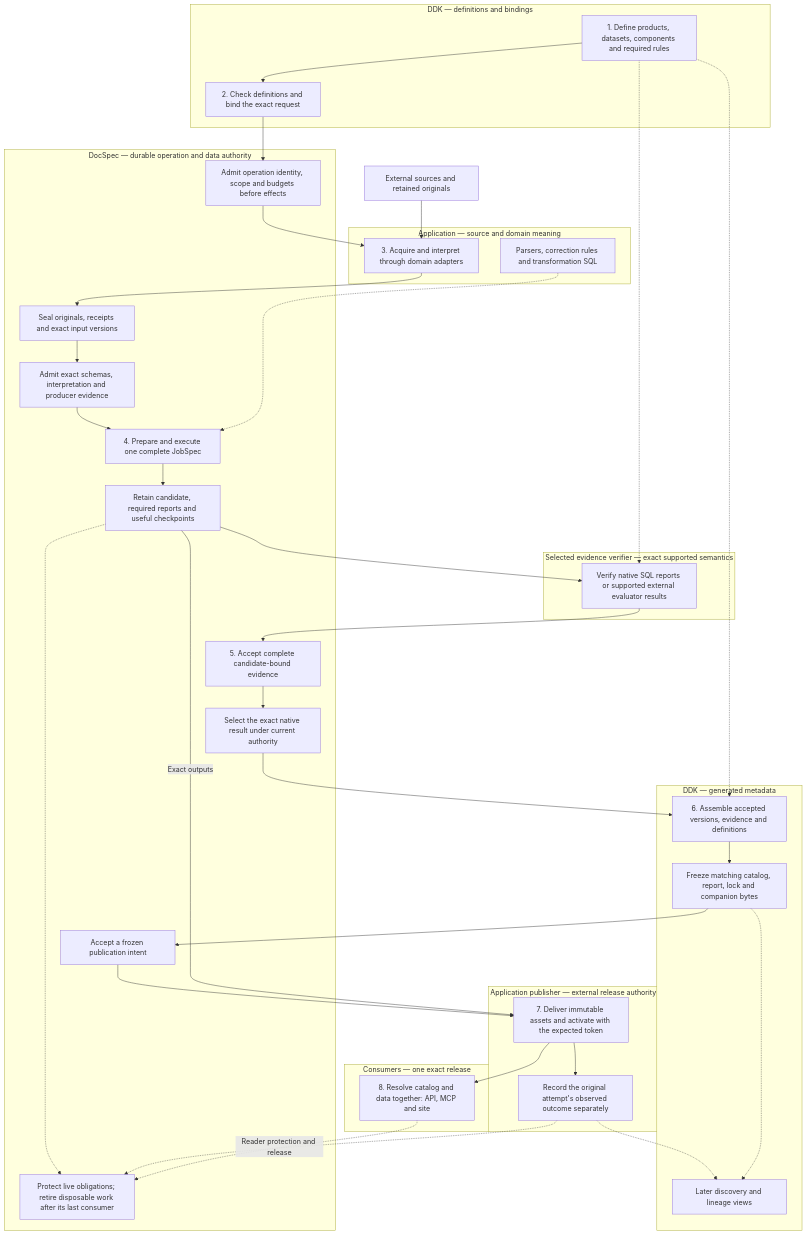
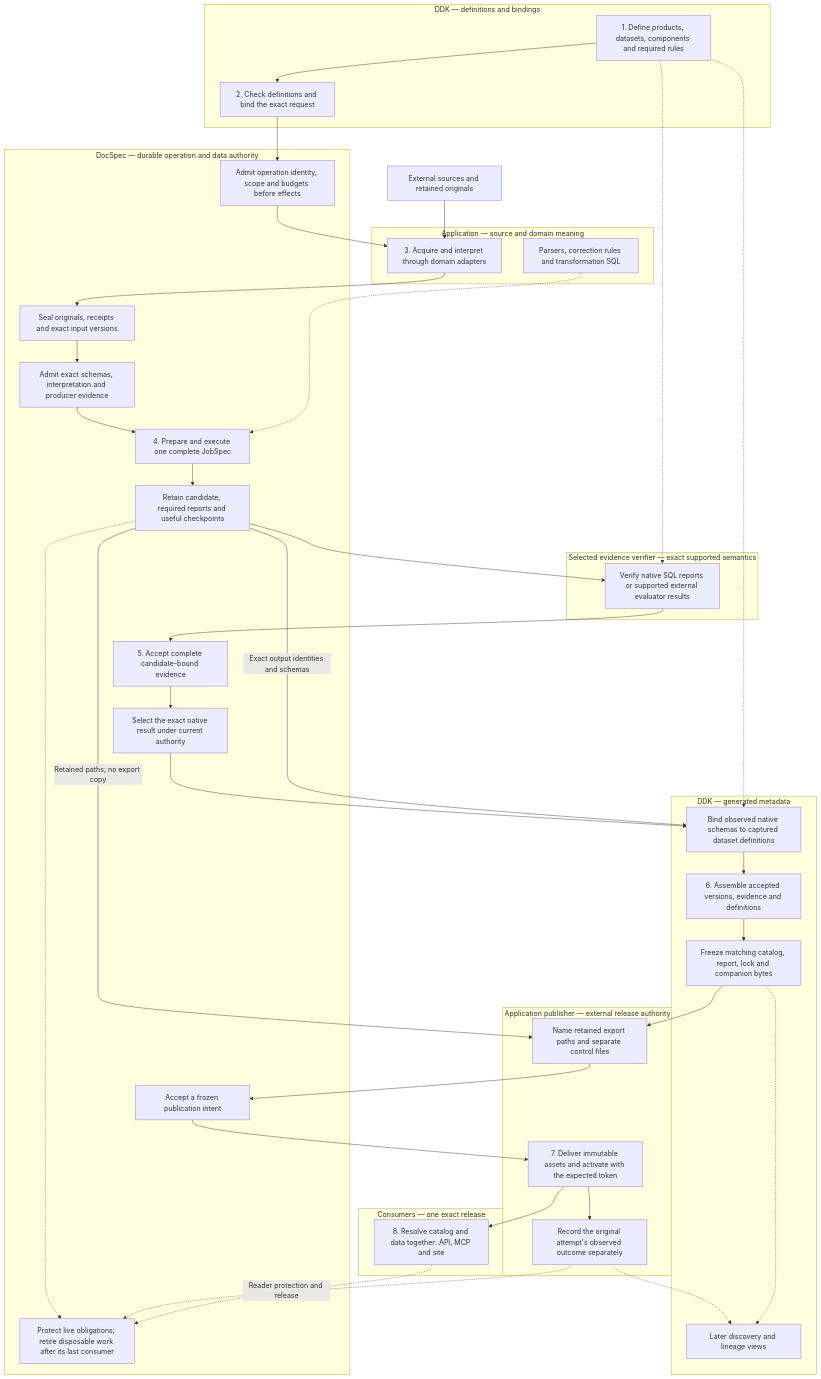
Before and after one commit to civictechdc/congressional-tech: the diagram in docs/replacement-ddk/design.md, drawn with Mermaid. The commit also changed other lines of this file and 22 other files, not shown here.

Commit message:
Publish retained exports through an explicit file inventory

````diff
--- a/docs/replacement-ddk/design.md
+++ b/docs/replacement-ddk/design.md
@@ -106,68 +106,72 @@
 ```mermaid
 flowchart TB
     sources["External sources and retained originals"]
 
     subgraph definitions["DDK — definitions and bindings"]
         define["1. Define products, datasets, components and required rules"]
         check["2. Check definitions and bind the exact request"]
         define --> check
     end
 
     subgraph domain["Application — source and domain meaning"]
         acquire["3. Acquire and interpret through domain adapters"]
         logic["Parsers, correction rules and transformation SQL"]
     end
 
     subgraph native["DocSpec — durable operation and data authority"]
         admit["Admit operation identity, scope and budgets before effects"]
         retain["Seal originals, receipts and exact input versions"]
         input_admission["Admit exact schemas, interpretation and producer evidence"]
         compute["4. Prepare and execute one complete JobSpec"]
         candidate["Retain candidate, required reports and useful checkpoints"]
         accept["5. Accept complete candidate-bound evidence"]
         select["Select the exact native result under current authority"]
         intent["Accept a frozen publication intent"]
         lifetime["Protect live obligations; retire disposable work after its last consumer"]
         retain --> input_admission --> compute --> candidate
         accept --> select
     end
 
     subgraph quality["Selected evidence verifier — exact supported semantics"]
         verify["Verify native SQL reports or supported external evaluator results"]
     end
 
     subgraph catalog["DDK — generated metadata"]
+        schema_binding["Bind observed native schemas to captured dataset definitions"]
         assemble["6. Assemble accepted versions, evidence and definitions"]
         artifacts["Freeze matching catalog, report, lock and companion bytes"]
         discovery["Later discovery and lineage views"]
-        assemble --> artifacts
+        schema_binding --> assemble --> artifacts
     end
 
     subgraph publication["Application publisher — external release authority"]
+        files["Name retained export paths and separate control files"]
         publish["7. Deliver immutable assets and activate with the expected token"]
         observation["Record the original attempt's observed outcome separately"]
         publish --> observation
     end
 
     subgraph readers["Consumers — one exact release"]
         consume["8. Resolve catalog and data together: API, MCP and site"]
     end
 
     check --> admit
     admit --> acquire
     sources --> acquire
     acquire --> retain
     logic -.-> compute
     define -.-> verify
     candidate --> verify --> accept
-    select --> assemble
-    define -.-> assemble
-    artifacts --> intent --> publish
-    candidate -->|"Exact outputs"| publish
+    select --> schema_binding
+    define -.-> schema_binding
+    candidate -->|"Exact output identities and schemas"| schema_binding
+    artifacts --> files
+    candidate -->|"Retained paths; no export copy"| files
+    files --> intent --> publish
     publish --> consume
     observation -.-> discovery
     artifacts -.-> discovery
     candidate -.-> lifetime
     observation -.-> lifetime
     consume -.->|"Reader protection and release"| lifetime
 ```
````
